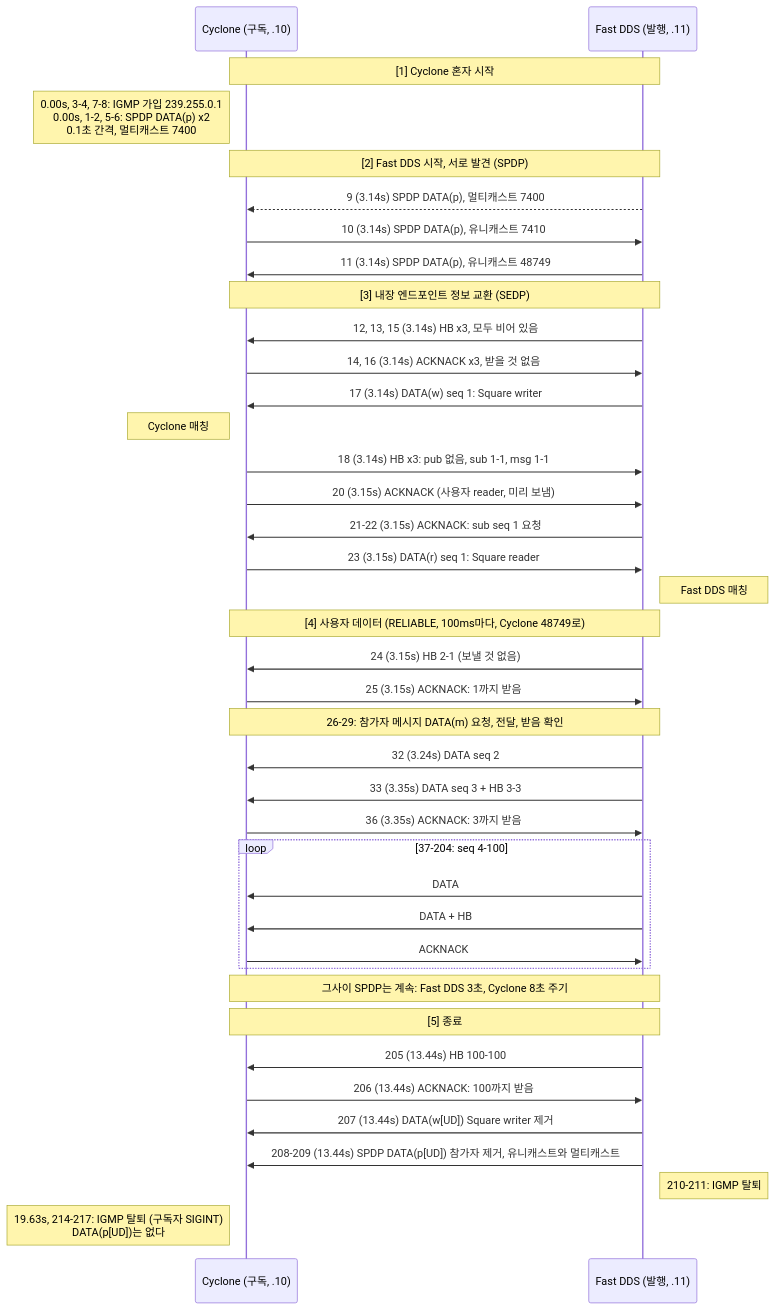
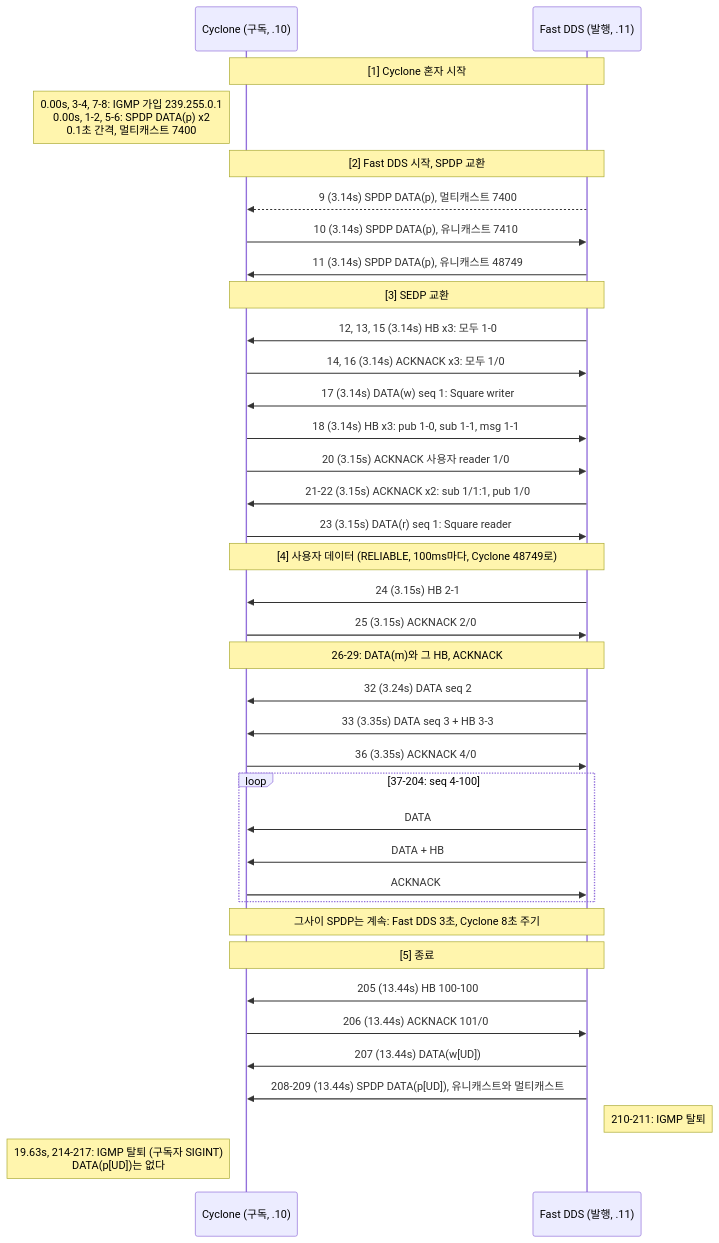
The second of 2 diagrams in tests/captures/phase00/README.md (danielhongwoo/mdds), drawn with Mermaid before and after one commit. The commit also changed other lines of this file and 7 other files, not shown here.

````diff
--- a/tests/captures/phase00/README.md
+++ b/tests/captures/phase00/README.md
@@ -115,46 +115,44 @@
 ```mermaid
 sequenceDiagram
     participant C as Cyclone (구독, .10)
     participant F as Fast DDS (발행, .11)
 
     Note over C,F: [1] Cyclone 혼자 시작
     Note left of C: 0.00s, 3-4, 7-8: IGMP 가입 239.255.0.1<br/>0.00s, 1-2, 5-6: SPDP DATA(p) x2<br/>0.1초 간격, 멀티캐스트 7400
 
-    Note over C,F: [2] Fast DDS 시작, 서로 발견 (SPDP)
+    Note over C,F: [2] Fast DDS 시작, SPDP 교환
     F-->>C: 9 (3.14s) SPDP DATA(p), 멀티캐스트 7400
     C->>F: 10 (3.14s) SPDP DATA(p), 유니캐스트 7410
     F->>C: 11 (3.14s) SPDP DATA(p), 유니캐스트 48749
 
-    Note over C,F: [3] 내장 엔드포인트 정보 교환 (SEDP)
-    F->>C: 12, 13, 15 (3.14s) HB x3, 모두 비어 있음
-    C->>F: 14, 16 (3.14s) ACKNACK x3, 받을 것 없음
+    Note over C,F: [3] SEDP 교환
+    F->>C: 12, 13, 15 (3.14s) HB x3: 모두 1-0
+    C->>F: 14, 16 (3.14s) ACKNACK x3: 모두 1/0
     F->>C: 17 (3.14s) DATA(w) seq 1: Square writer
-    Note left of C: Cyclone 매칭
-    C->>F: 18 (3.14s) HB x3: pub 없음, sub 1-1, msg 1-1
-    C->>F: 20 (3.15s) ACKNACK (사용자 reader, 미리 보냄)
-    F->>C: 21-22 (3.15s) ACKNACK: sub seq 1 요청
+    C->>F: 18 (3.14s) HB x3: pub 1-0, sub 1-1, msg 1-1
+    C->>F: 20 (3.15s) ACKNACK 사용자 reader 1/0
+    F->>C: 21-22 (3.15s) ACKNACK x2: sub 1/1:1, pub 1/0
     C->>F: 23 (3.15s) DATA(r) seq 1: Square reader
-    Note right of F: Fast DDS 매칭
 
     Note over C,F: [4] 사용자 데이터 (RELIABLE, 100ms마다, Cyclone 48749로)
-    F->>C: 24 (3.15s) HB 2-1 (보낼 것 없음)
-    C->>F: 25 (3.15s) ACKNACK: 1까지 받음
-    Note over C,F: 26-29: 참가자 메시지 DATA(m) 요청, 전달, 받음 확인
+    F->>C: 24 (3.15s) HB 2-1
+    C->>F: 25 (3.15s) ACKNACK 2/0
+    Note over C,F: 26-29: DATA(m)와 그 HB, ACKNACK
     F->>C: 32 (3.24s) DATA seq 2
     F->>C: 33 (3.35s) DATA seq 3 + HB 3-3
-    C->>F: 36 (3.35s) ACKNACK: 3까지 받음
+    C->>F: 36 (3.35s) ACKNACK 4/0
     loop 37-204: seq 4-100
         F->>C: DATA
         F->>C: DATA + HB
         C->>F: ACKNACK
     end
     Note over C,F: 그사이 SPDP는 계속: Fast DDS 3초, Cyclone 8초 주기
 
     Note over C,F: [5] 종료
     F->>C: 205 (13.44s) HB 100-100
-    C->>F: 206 (13.44s) ACKNACK: 100까지 받음
-    F->>C: 207 (13.44s) DATA(w[UD]) Square writer 제거
-    F->>C: 208-209 (13.44s) SPDP DATA(p[UD]) 참가자 제거, 유니캐스트와 멀티캐스트
+    C->>F: 206 (13.44s) ACKNACK 101/0
+    F->>C: 207 (13.44s) DATA(w[UD])
+    F->>C: 208-209 (13.44s) SPDP DATA(p[UD]), 유니캐스트와 멀티캐스트
     Note right of F: 210-211: IGMP 탈퇴
     Note left of C: 19.63s, 214-217: IGMP 탈퇴 (구독자 SIGINT)<br/>DATA(p[UD])는 없다
 ```
````
